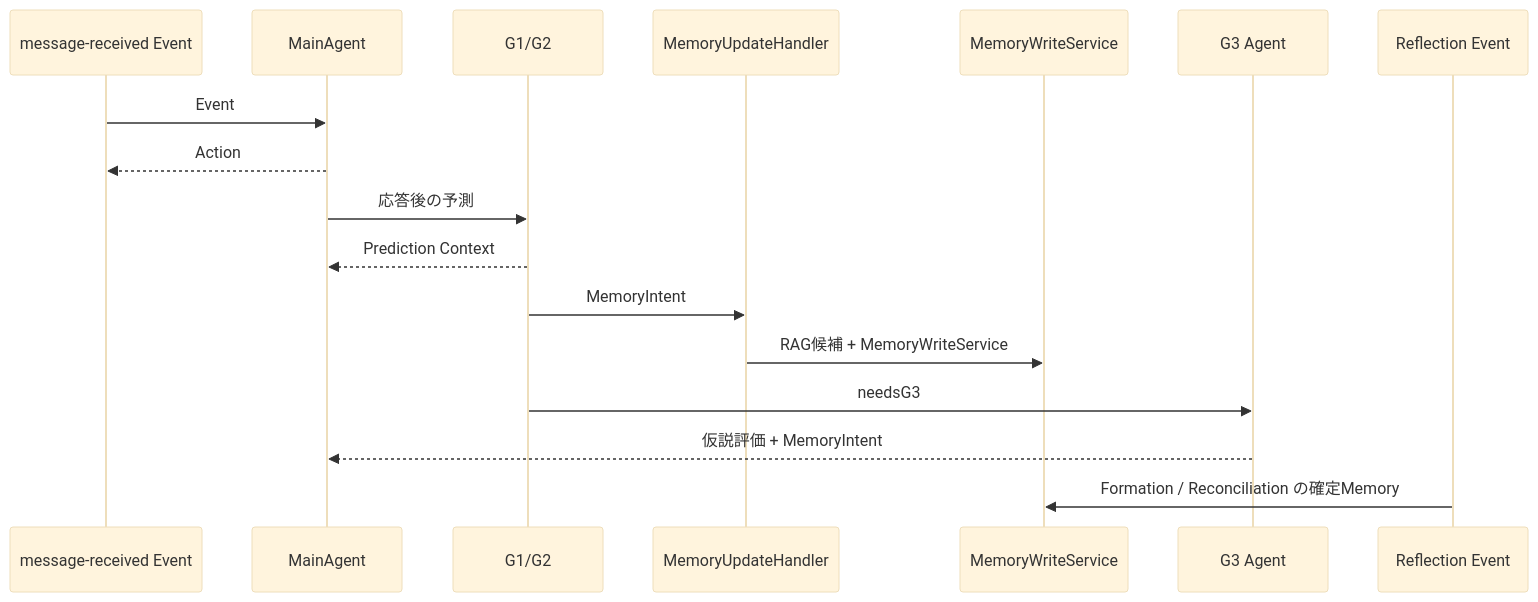
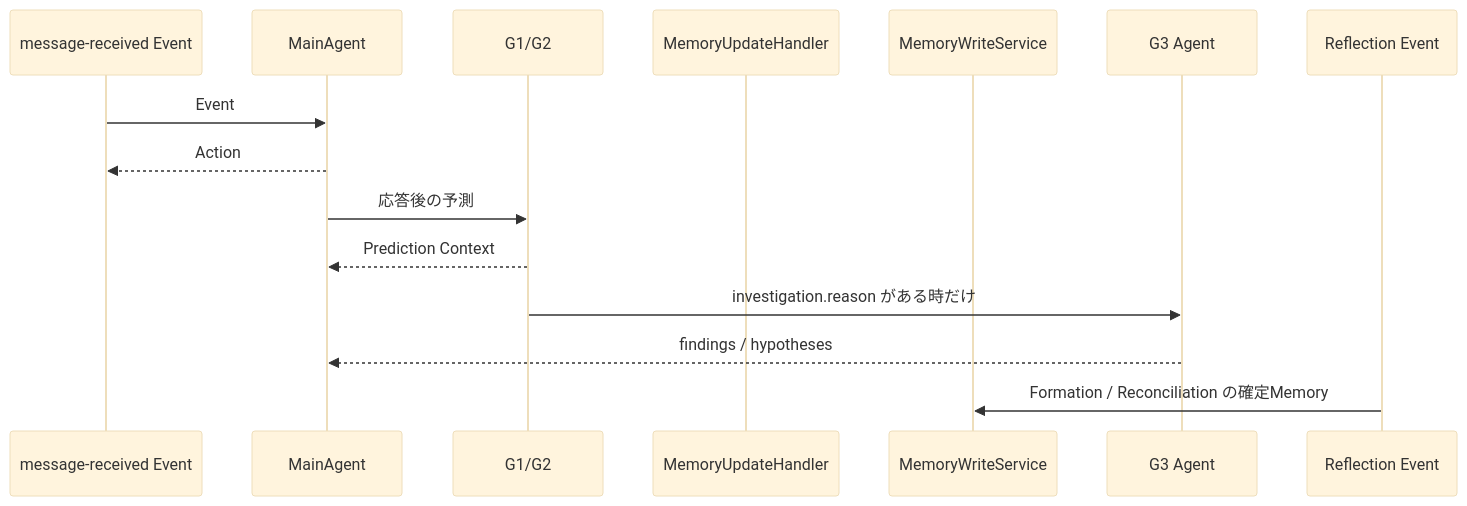
Before and after one commit to if001/social_agent: the fourth of 8 diagrams in docs/AGENT_MOTIVATION_MODEL.md, drawn with Mermaid (base theme). The commit also changed other lines of this file and 35 other files, not shown here.

````diff
--- a/docs/AGENT_MOTIVATION_MODEL.md
+++ b/docs/AGENT_MOTIVATION_MODEL.md
@@ -212,20 +212,18 @@
 ```mermaid
 sequenceDiagram
     participant U as message-received Event
     participant C as MainAgent
     participant P as G1/G2
     participant MU as MemoryUpdateHandler
     participant MW as MemoryWriteService
     participant G3 as G3 Agent
     participant R as Reflection Event
 
     U->>C: Event
     C-->>U: Action
     C->>P: 応答後の予測
     P-->>C: Prediction Context
-    P->>MU: MemoryIntent
-    MU->>MW: RAG候補 + MemoryWriteService
-    P->>G3: needsG3
-    G3-->>C: 仮説評価 + MemoryIntent
+    P->>G3: investigation.reason がある時だけ
+    G3-->>C: findings / hypotheses
     R->>MW: Formation / Reconciliation の確定Memory
 ```
````
